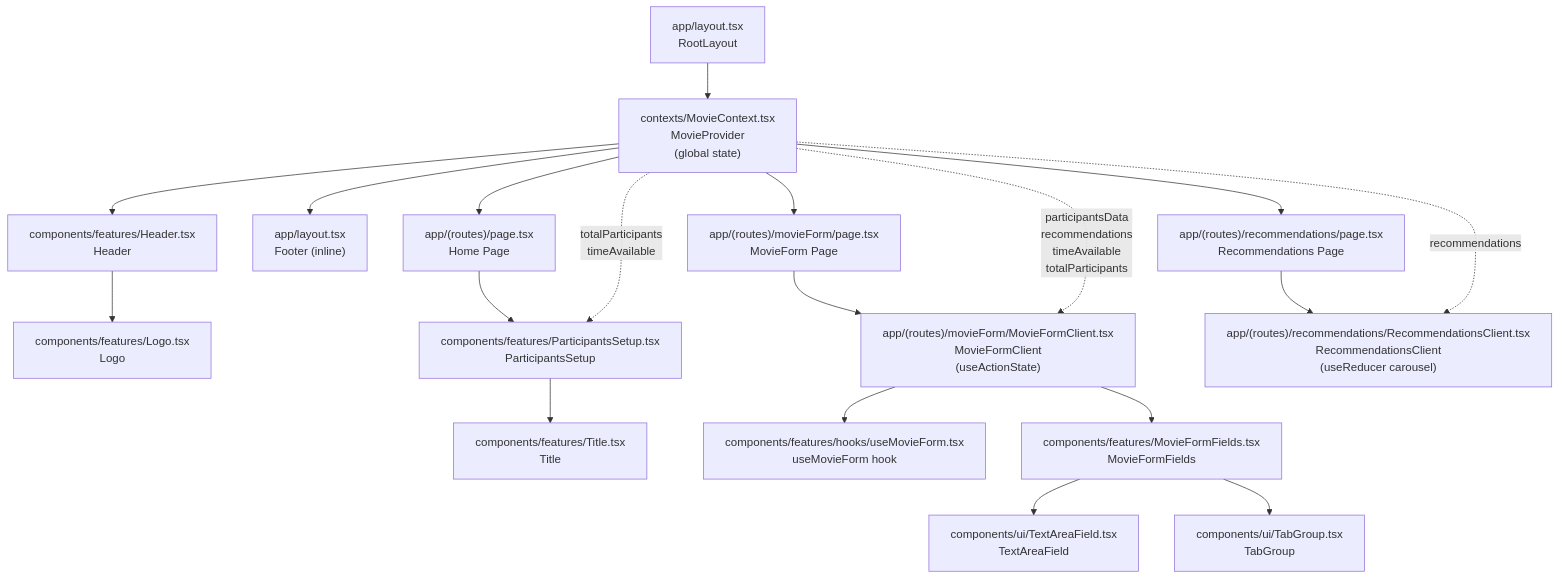
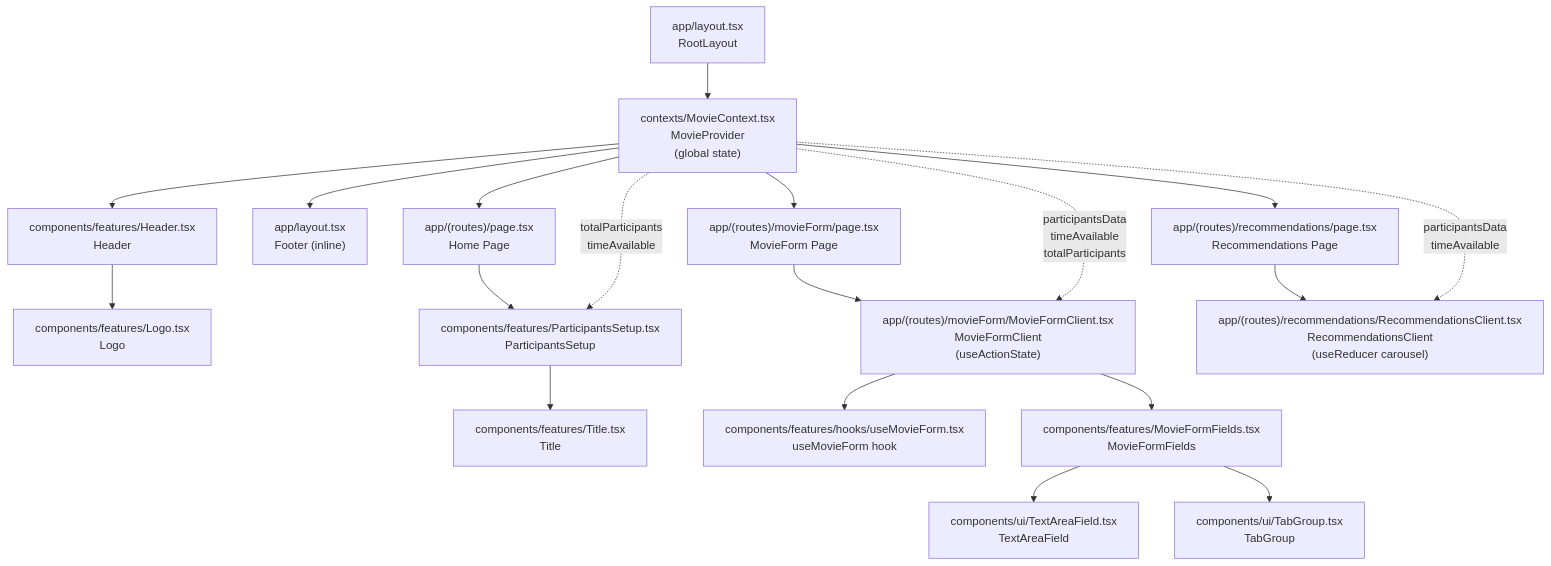
One commit to CodeHunt101/plotline-ai changed the third of 4 diagrams in docs/diagrams.md. Above: the diagram before and after it, drawn with Mermaid. The commit also changed other lines of this file and 32 other files, not shown here.

````diff
--- a/docs/diagrams.md
+++ b/docs/diagrams.md
@@ -129,45 +123,45 @@
 ```mermaid
 graph TD
     Root["app/layout.tsx\nRootLayout"]
     Ctx["contexts/MovieContext.tsx\nMovieProvider\n(global state)"]
     Header["components/features/Header.tsx\nHeader"]
     Logo["components/features/Logo.tsx\nLogo"]
     Footer["app/layout.tsx\nFooter (inline)"]
 
     Home["app/(routes)/page.tsx\nHome Page"]
     Setup["components/features/ParticipantsSetup.tsx\nParticipantsSetup"]
     Title["components/features/Title.tsx\nTitle"]
 
     FormPage["app/(routes)/movieForm/page.tsx\nMovieForm Page"]
     FormClient["app/(routes)/movieForm/MovieFormClient.tsx\nMovieFormClient\n(useActionState)"]
     FormHook["components/features/hooks/useMovieForm.tsx\nuseMovieForm hook"]
     FormFields["components/features/MovieFormFields.tsx\nMovieFormFields"]
     TextArea["components/ui/TextAreaField.tsx\nTextAreaField"]
     TabGroup["components/ui/TabGroup.tsx\nTabGroup"]
 
     RecPage["app/(routes)/recommendations/page.tsx\nRecommendations Page"]
     RecClient["app/(routes)/recommendations/RecommendationsClient.tsx\nRecommendationsClient\n(useReducer carousel)"]
 
     Root --> Ctx
     Ctx --> Header
     Header --> Logo
     Ctx --> Home
     Ctx --> FormPage
     Ctx --> RecPage
     Ctx --> Footer
 
     Home --> Setup
     Setup --> Title
 
     FormPage --> FormClient
     FormClient --> FormHook
     FormClient --> FormFields
     FormFields --> TextArea
     FormFields --> TabGroup
 
     RecPage --> RecClient
 
-    Ctx -. "participantsData\nrecommendations\ntimeAvailable\ntotalParticipants" .-> FormClient
-    Ctx -. "recommendations" .-> RecClient
+    Ctx -. "participantsData\ntimeAvailable\ntotalParticipants" .-> FormClient
+    Ctx -. "participantsData\ntimeAvailable" .-> RecClient
     Ctx -. "totalParticipants\ntimeAvailable" .-> Setup
 ```
````
